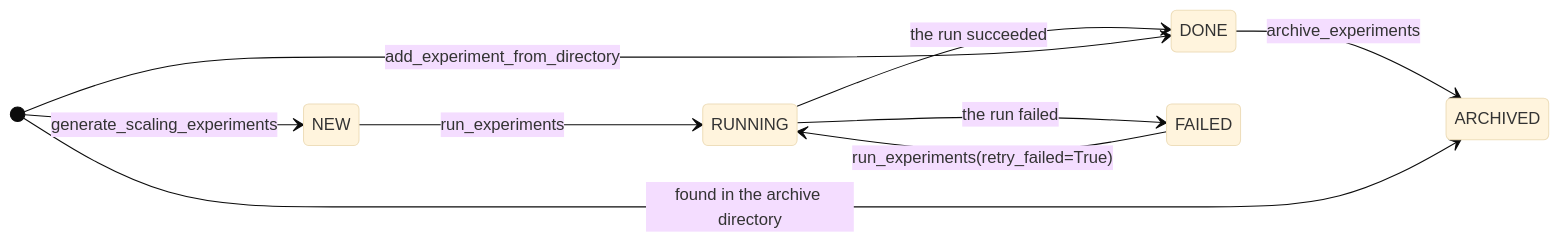
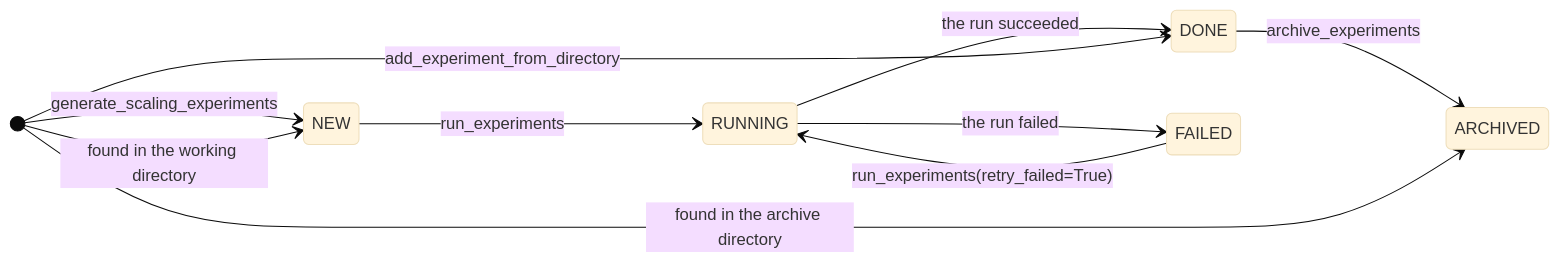
The second of 2 diagrams in documentation/docs/pages/user-guide/index.md (ACCESS-NRI/access-profiling), drawn with Mermaid (base theme) before and after one commit. The commit also changed other lines of this file and 33 other files, not shown here.

````diff
--- a/documentation/docs/pages/user-guide/index.md
+++ b/documentation/docs/pages/user-guide/index.md
@@ -82,12 +84,13 @@
 ```mermaid
 stateDiagram-v2
     direction LR
     [*] --> NEW: generate_scaling_experiments
     NEW --> RUNNING: run_experiments
     RUNNING --> DONE: the run succeeded
     RUNNING --> FAILED: the run failed
     FAILED --> RUNNING: run_experiments(retry_failed=True)
     DONE --> ARCHIVED: archive_experiments
     [*] --> DONE: add_experiment_from_directory
+    [*] --> NEW: found in the working directory
     [*] --> ARCHIVED: found in the archive directory
 ```
````
